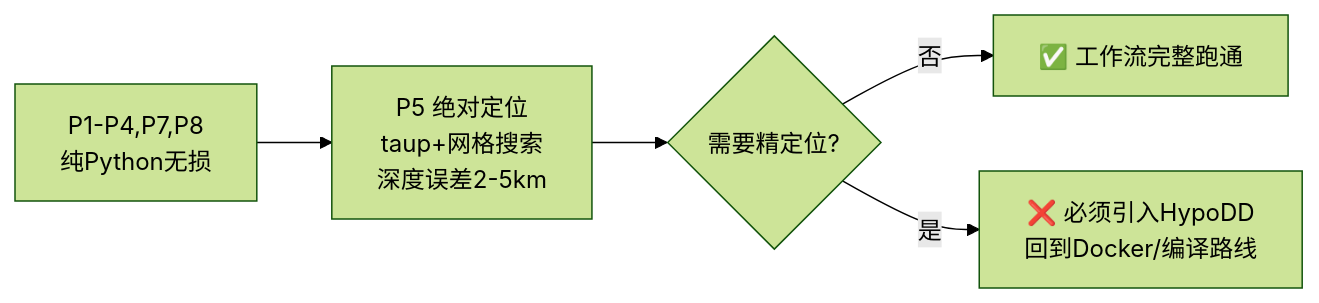
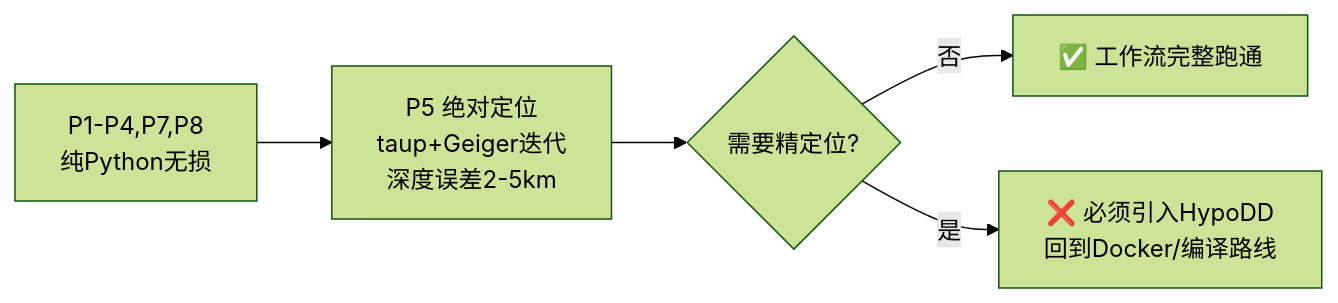
Before and after one commit to Harmony-Lin/Geophysics_skill: the diagram in instructions.md, drawn with Mermaid (forest theme). The commit also changed other lines of this file and 323 other files, not shown here.

````diff
--- a/instructions.md
+++ b/instructions.md
@@ -483,7 +483,7 @@
 ```mermaid
 flowchart LR
-    A[P1-P4,P7,P8<br/>纯Python无损] --> B[P5 绝对定位<br/>taup+网格搜索<br/>深度误差2-5km]
+    A[P1-P4,P7,P8<br/>纯Python无损] --> B[P5 绝对定位<br/>taup+Geiger迭代<br/>深度误差2-5km]
     B --> C{需要精定位?}
     C -->|否| D[✅ 工作流完整跑通]
     C -->|是| E[❌ 必须引入HypoDD<br/>回到Docker/编译路线]
 ```
````
